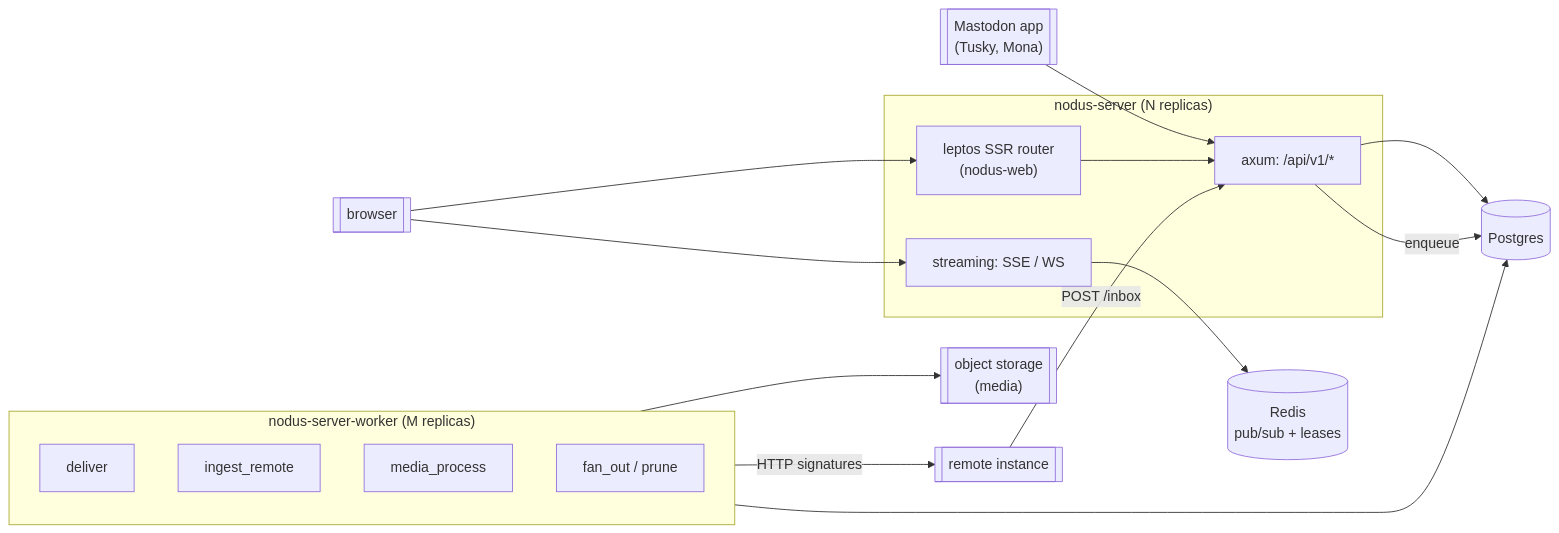
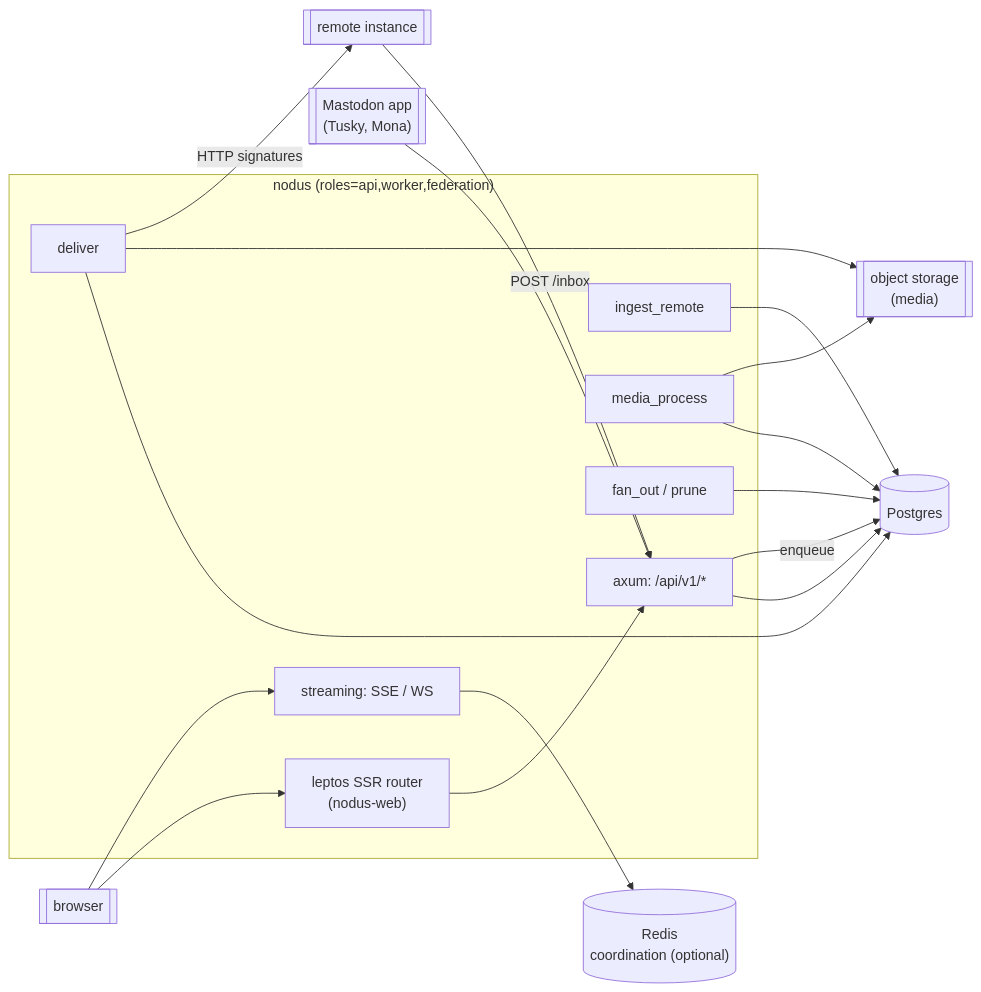
The diagram in docs/01-architecture.md (nodus-social/nodus-backend), drawn with Mermaid before and after one commit. The commit also changed other lines of this file and 6 other files, not shown here.

````diff
--- a/docs/01-architecture.md
+++ b/docs/01-architecture.md
@@ -10,35 +14,36 @@
 ```mermaid
 flowchart LR
   app[["Mastodon app<br/>(Tusky, Mona)"]]
   browser[["browser"]]
   remote[["remote instance"]]
 
-  subgraph pod["nodus-server (N replicas)"]
+  subgraph pod["nodus (roles=api,worker,federation)"]
     api["axum: /api/v1/*"]
     stream["streaming: SSE / WS"]
     ssr["leptos SSR router<br/>(nodus-web)"]
-  end
-
-  subgraph workers["nodus-server-worker (M replicas)"]
     deliver["deliver"]
     ingest["ingest_remote"]
     media["media_process"]
     fan["fan_out / prune"]
   end
 
   db[("Postgres")]
   obj[["object storage<br/>(media)"]]
-  redis[("Redis<br/>pub/sub + leases")]
+  redis[("Redis<br/>coordination (optional)")]
 
   app --> api
   browser --> ssr
   browser --> stream
   api --> db
   ssr --> api
   stream --> redis
-  workers --> db
-  workers --> obj
-  workers -->|"HTTP signatures"| remote
-  remote -->|"POST /inbox"| api
-  api -->|"enqueue"| db
+  fan --> db
+  deliver --> db
+  ingest --> db
+  media --> db
+  deliver --> obj
+  media --> obj
+  deliver -->|HTTP signatures| remote
+  remote -->|POST /inbox| api
+  api -->|enqueue| db
 ```
````
